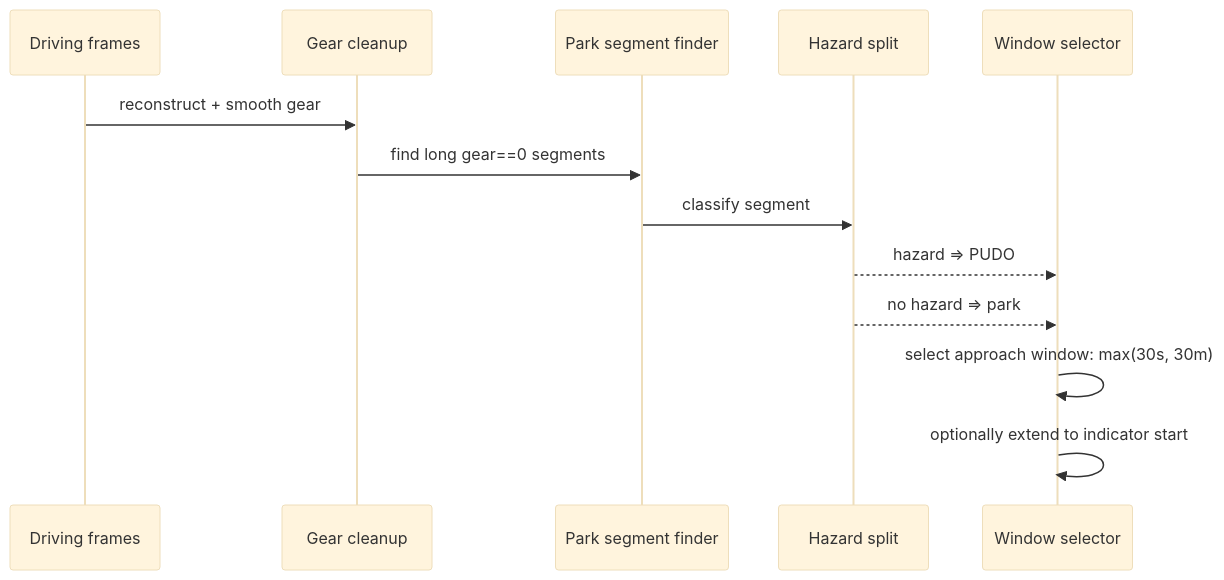
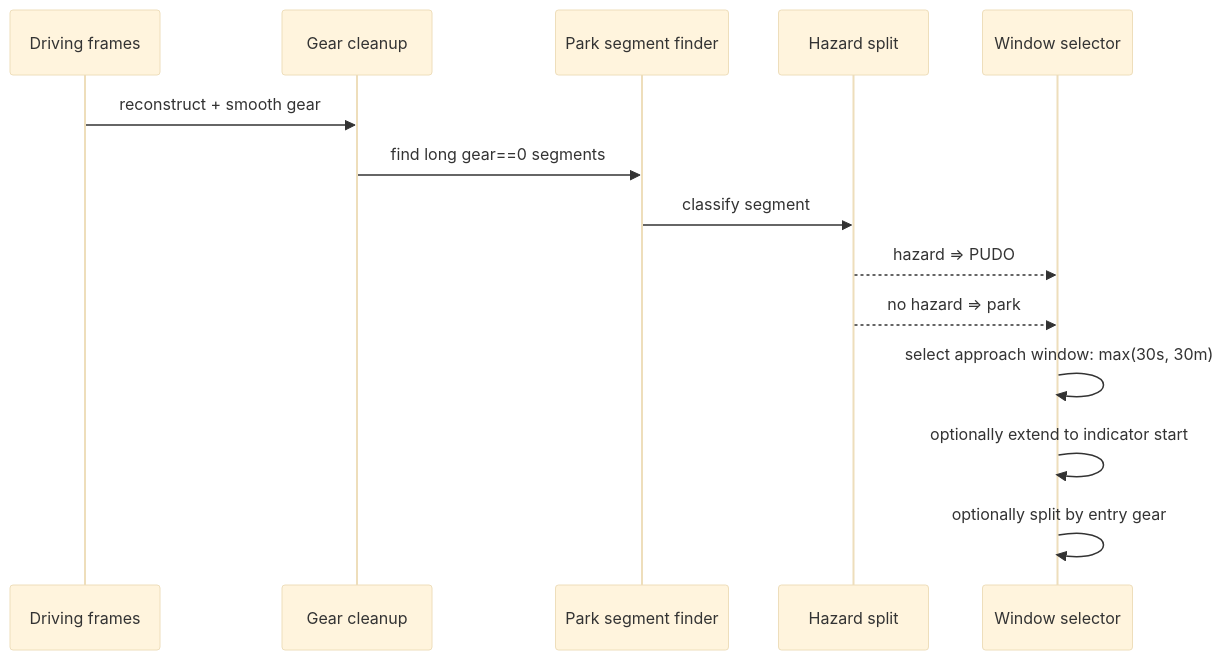
One commit to yoelshapiro/vault changed the second of 3 diagrams in newsletters/newsletter_generic-parking-pudo-materialisation.md. Above: the diagram before and after it, drawn with Mermaid (base theme). The commit also changed other lines of this file and 1 other file, not shown here.

````diff
--- a/newsletters/newsletter_generic-parking-pudo-materialisation.md
+++ b/newsletters/newsletter_generic-parking-pudo-materialisation.md
@@ -94,16 +119,17 @@
 ```mermaid
 sequenceDiagram
     participant D as Driving frames
     participant G as Gear cleanup
     participant P as Park segment finder
     participant H as Hazard split
     participant W as Window selector
 
     D->>G: reconstruct + smooth gear
     G->>P: find long gear==0 segments
     P->>H: classify segment
     H-->>W: hazard => PUDO
     H-->>W: no hazard => park
     W->>W: select approach window: max(30s, 30m)
     W->>W: optionally extend to indicator start
+    W->>W: optionally split by entry gear
 ```
````
